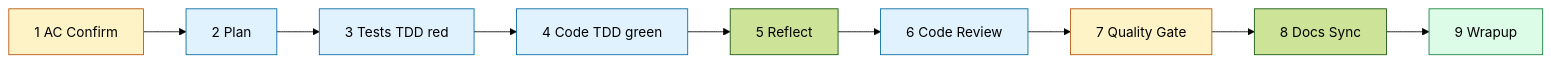
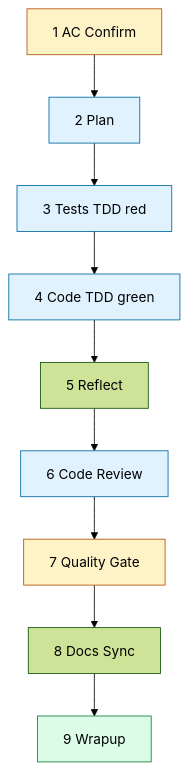
Before and after one commit to icarloscornejo/doer: the first of 3 diagrams in README.md, drawn with Mermaid (forest theme).

Commit message:
docs(readme): change pipeline diagram to top-down (TD) for better rendering

````diff
--- a/README.md
+++ b/README.md
@@ -13,18 +13,18 @@
 ```mermaid
-flowchart LR
+flowchart TD
     A[1 AC Confirm] --> B[2 Plan]
     B --> C[3 Tests TDD red]
     C --> D[4 Code TDD green]
     D --> E[5 Reflect]
     E --> F[6 Code Review]
     F --> G[7 Quality Gate]
     G --> H[8 Docs Sync]
     H --> I[9 Wrapup]
 
     classDef loop fill:#e0f2fe,stroke:#0369a1
     classDef gate fill:#fef3c7,stroke:#b45309
     classDef final fill:#dcfce7,stroke:#15803d
     class B,C,D,F loop
     class A,G gate
     class I final
 ```
````
